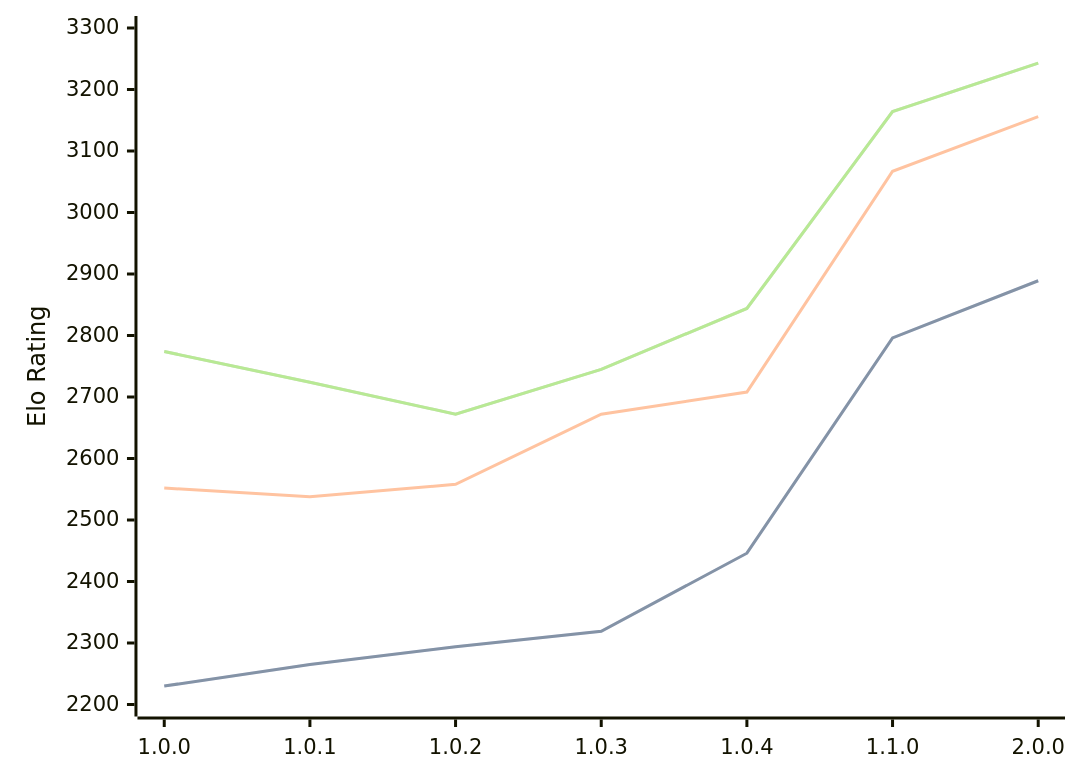
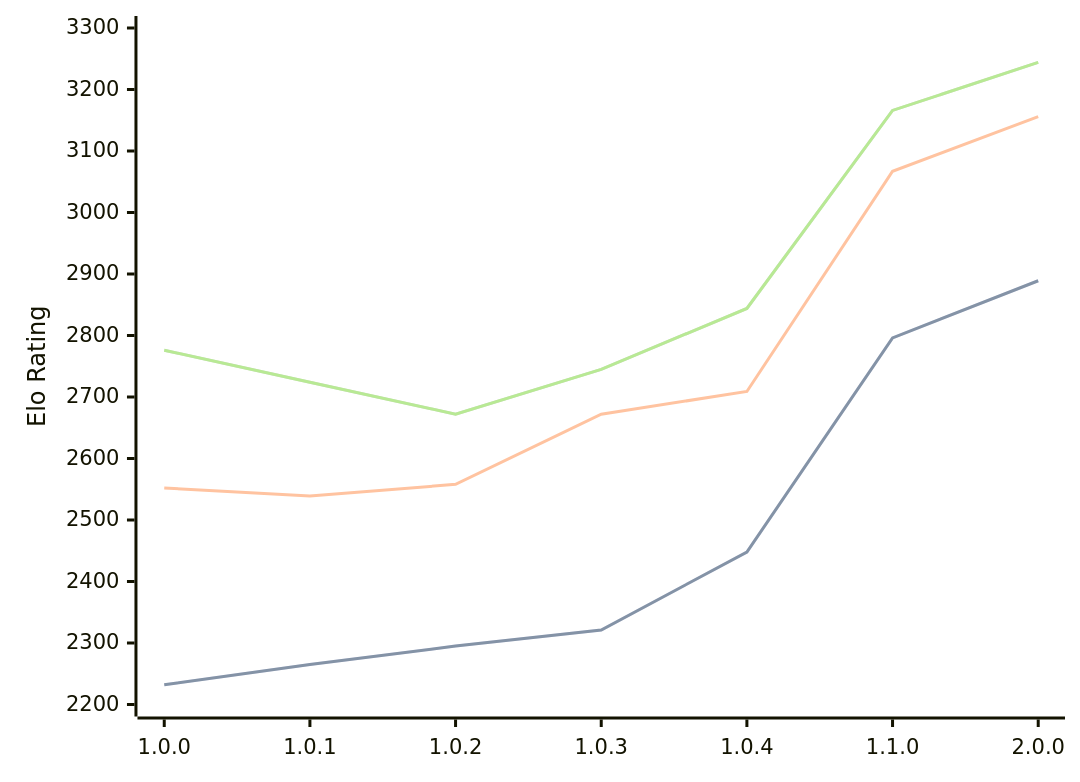
The diagram in engines/Grail.md (computer-chess-index/cci), drawn with Mermaid before and after one commit. The commit also changed other lines of this file, not shown here.

Commit message:
Update CCI Ratings (ELO VLTC) - 2026-05-21

````diff
--- a/engines/Grail.md
+++ b/engines/Grail.md
@@ -37,11 +37,11 @@
 ```mermaid
 %%{init: {"theme":"base","themeVariables":{"seriesColors:['#a3a3a3','#222221','#faa371']}}}%%
 xychart-beta
   x-axis ["1.0.0", "1.0.1", "1.0.2", "1.0.3", "1.0.4", "1.1.0", "2.0.0"]
   y-axis "Elo Rating" 2200 --> 3300
-  line "STC (8.0+0.08s)" [2230, 2265, 2294, 2319, 2446, 2796, 2889]
-  line "STC (8.0+0.08s)" [2230, 2265, 2294, 2319, 2446, 2796, 2889]
-  line "LTC (60.0+0.60s)" [2552, 2538, 2558, 2672, 2708, 3067, 3156]
-  line "VLTC (2m24s+1.12s)" [2774, 2724, 2672, 2745, 2844, 3164, 3243]
-  line "VLTC (2m24s+1.12s)" [2774, 2724, 2672, 2745, 2844, 3164, 3243]
+  line "STC (8.0+0.08s)" [2232, 2265, 2295, 2321, 2448, 2796, 2889]
+  line "STC (8.0+0.08s)" [2232, 2265, 2295, 2321, 2448, 2796, 2889]
+  line "LTC (60.0+0.60s)" [2552, 2539, 2558, 2672, 2709, 3067, 3156]
+  line "VLTC (2m24s+1.12s)" [2776, 2724, 2672, 2745, 2844, 3166, 3244]
+  line "VLTC (2m24s+1.12s)" [2776, 2724, 2672, 2745, 2844, 3166, 3244]
 ```
````
